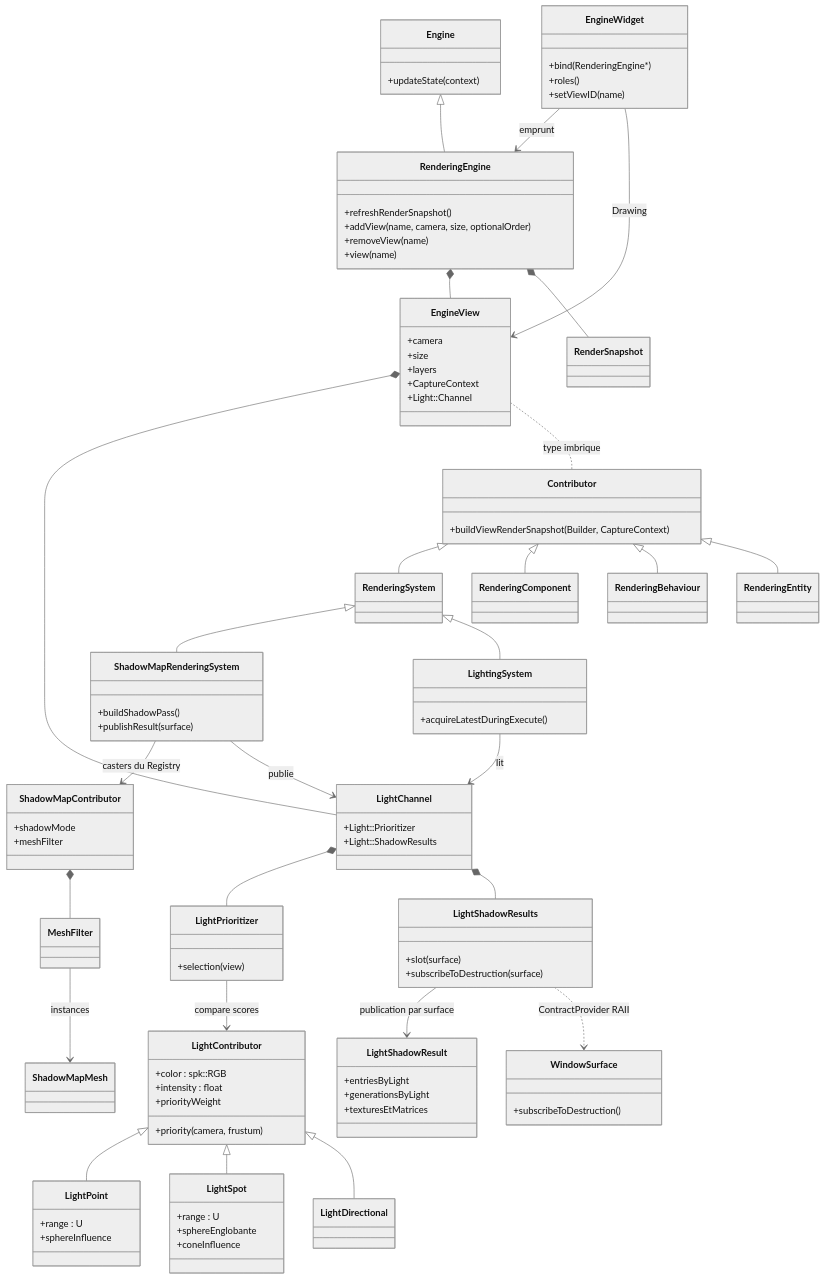
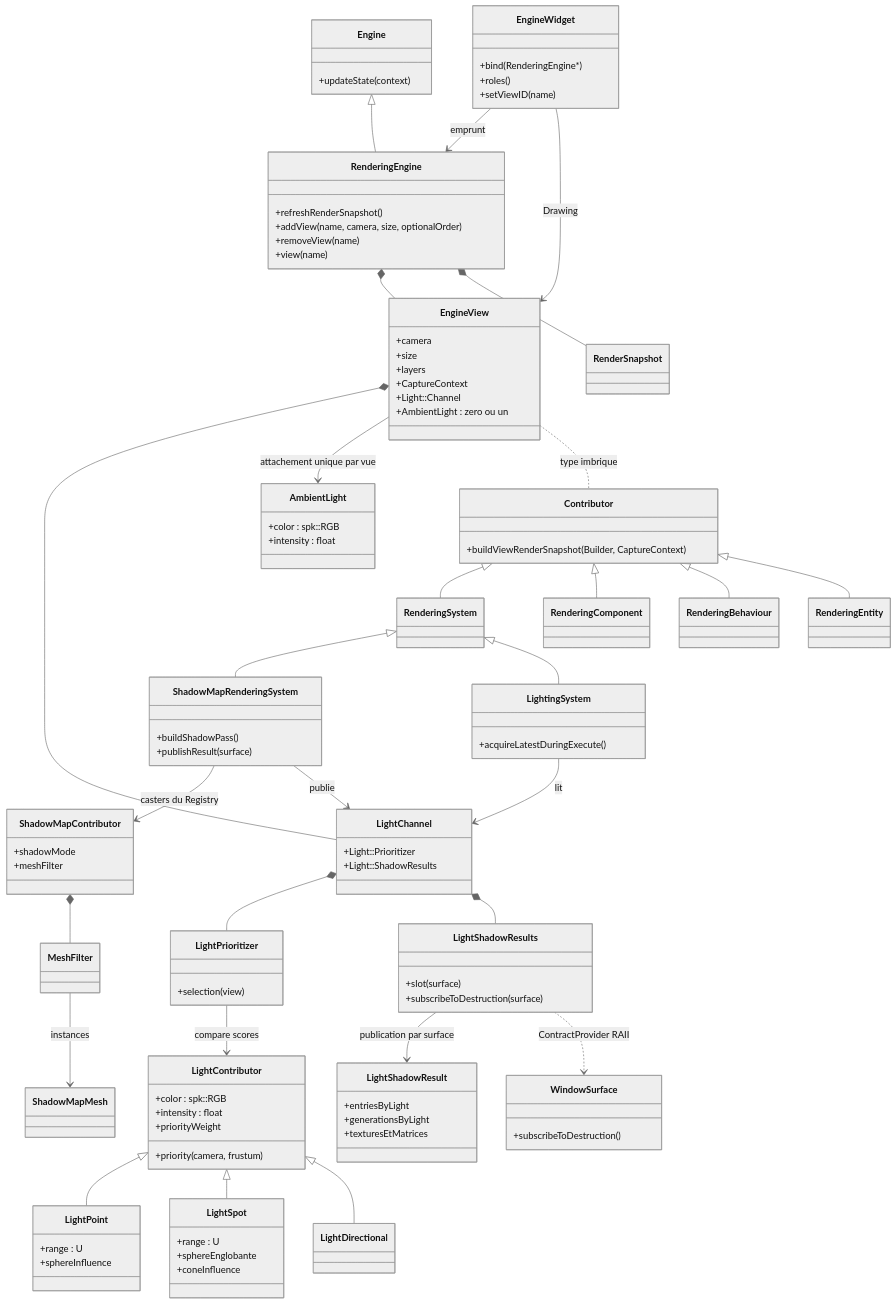
Before and after one commit to EreliaStudio/Sparkle: the first of 9 diagrams in docs/voxel-engine-v0.1.4/07-vues-et-passes.md, drawn with Mermaid (neutral theme). The commit also changed other lines of this file, not shown here.

Commit message:
docs(v0.1.4): add optional per-view AmbientLight object to forward lighting

```diff
--- a/docs/voxel-engine-v0.1.4/07-vues-et-passes.md
+++ b/docs/voxel-engine-v0.1.4/07-vues-et-passes.md
@@ -25,6 +25,11 @@
     +layers
     +CaptureContext
     +Light::Channel
+    +AmbientLight : zero ou un
+  }
+  class AmbientLight {
+    +color : spk::RGB
+    +intensity : float
   }
   class Contributor {
     +buildViewRenderSnapshot(Builder, CaptureContext)
@@ -90,6 +95,7 @@
   RenderingEngine *-- EngineView
   RenderingEngine *-- RenderSnapshot
   EngineView *-- LightChannel
+  EngineView --> AmbientLight : attachement unique par vue
   EngineView .. Contributor : type imbrique
   Contributor <|-- RenderingSystem
   Contributor <|-- RenderingComponent
```
